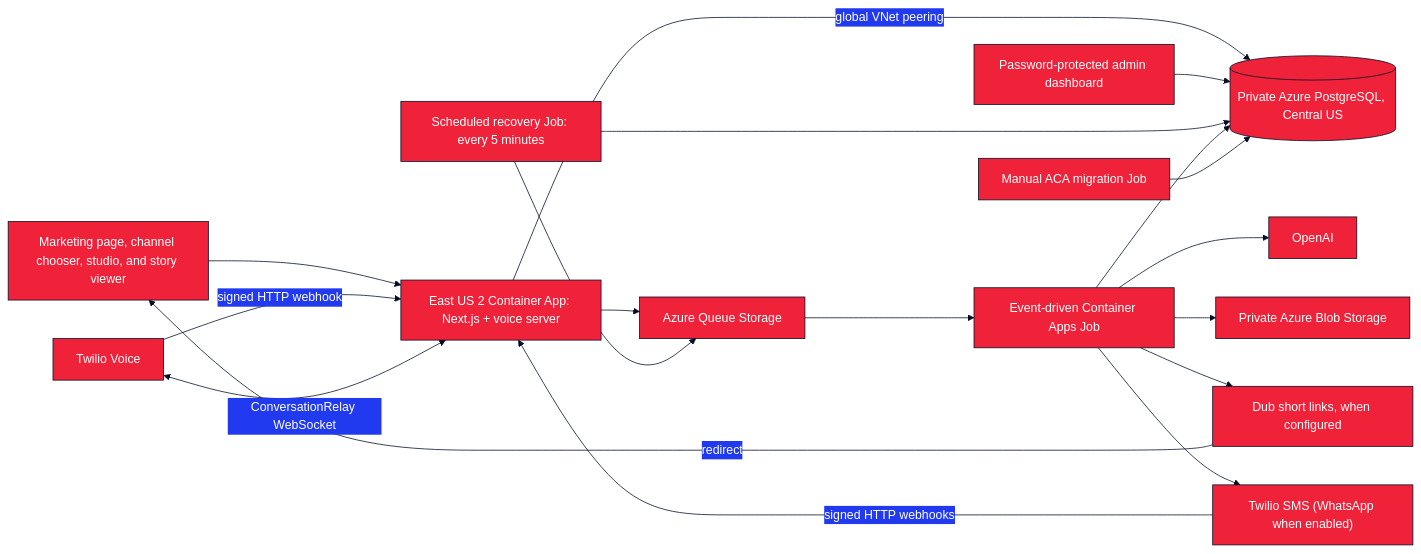
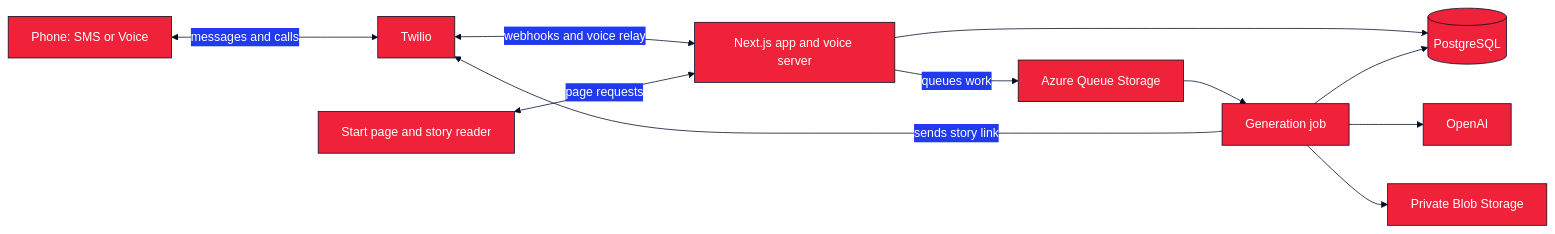
Before and after one commit to anthonyplusAI/twilio-comics: the second of 2 diagrams in README.md, drawn with Mermaid. The commit also changed other lines of this file, not shown here.

````diff
--- a/README.md
+++ b/README.md
@@ -13,24 +70,17 @@
 ```mermaid
 %%{init: {'theme':'base','themeVariables':{
   'primaryColor':'#EF223A','primaryTextColor':'#FFFFFF',
   'primaryBorderColor':'#000D25','lineColor':'#000D25',
   'fontFamily':'Inter, system-ui, sans-serif'}}}%%
 flowchart LR
-  Web[Marketing page, channel chooser, studio, and story viewer] --> App[East US 2 Container App: Next.js + voice server]
-  Text["Twilio SMS (WhatsApp when enabled)"] -->|signed HTTP webhooks| App
-  Voice[Twilio Voice] -->|signed HTTP webhook| App
-  Voice <-->|ConversationRelay WebSocket| App
-  App -->|global VNet peering| DB[(Private Azure PostgreSQL, Central US)]
-  Admin[Password-protected admin dashboard] --> DB
-  App --> Queue[Azure Queue Storage]
-  Queue --> Job[Event-driven Container Apps Job]
-  Recovery[Scheduled recovery Job: every 5 minutes] --> DB
-  Recovery --> Queue
+  Phone["Phone: SMS or Voice"] <-->|messages and calls| Twilio[Twilio]
+  Twilio <-->|webhooks and voice relay| App["Next.js app and voice server"]
+  Web["Start page and story reader"] <-->|page requests| App
+  App --> DB[(PostgreSQL)]
+  App -->|queues work| Queue["Azure Queue Storage"]
+  Queue --> Job["Generation job"]
   Job --> OpenAI[OpenAI]
-  Job --> Blob[Private Azure Blob Storage]
+  Job --> Blob["Private Blob Storage"]
   Job --> DB
-  Job --> Dub[Dub short links, when configured]
-  Dub -->|redirect| Web
-  Migration[Manual ACA migration Job] --> DB
-  Job --> Text
+  Job -->|sends story link| Twilio
 ```
````
